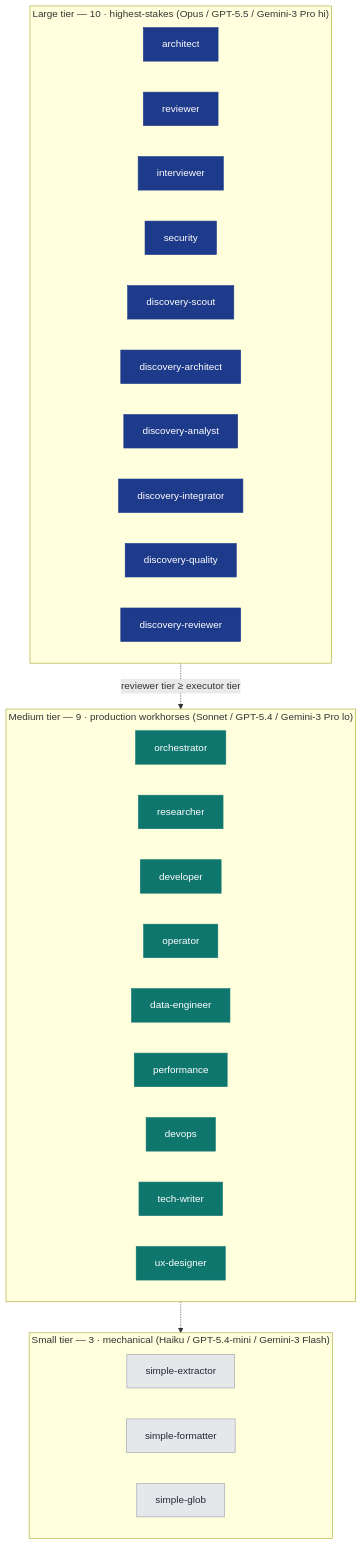
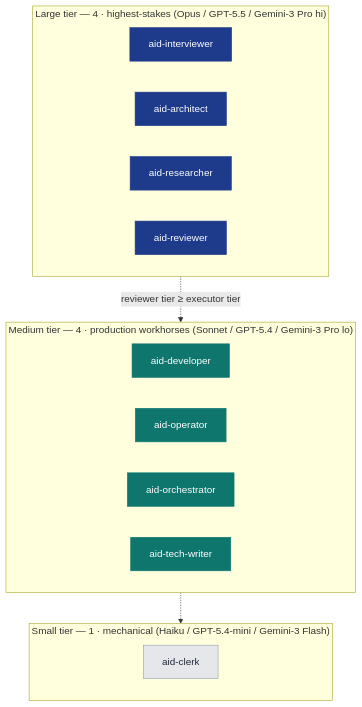
One commit to AndreVianna/aid-methodology changed the fifth of 7 diagrams in methodology/aid-methodology.md. Above: the diagram before and after it, drawn with Mermaid. The commit also changed other lines of this file and 1 other file, not shown here.

Commit message:
docs(agents): update user-facing docs to the 9 aid-* agent roster
- methodology/aid-methodology.md §5 "The Agent Model": 22→9 agents; tier Mermaid
  diagram rewritten to the 4/4/1 aid-* roster; Discover narrative now describes
  aid-researcher dispatched per doc-set scope (replacing the 5 discovery-* agents)
  + aid-reviewer; counts and bare agent references updated.
- examples/brownfield-full-path/README.md: Discover dispatch description + agent
  names updated to the new roster.

````diff
--- a/methodology/aid-methodology.md
+++ b/methodology/aid-methodology.md
@@ -764,39 +764,26 @@
 ```mermaid
 flowchart TB
     classDef large fill:#1E3A8A,stroke:#1E3A8A,color:#ffffff
     classDef med   fill:#0F766E,stroke:#0F766E,color:#ffffff
     classDef small fill:#E5E7EB,stroke:#9CA3AF,color:#1F2937
 
-    subgraph L["Large tier — 10 · highest-stakes (Opus / GPT-5.5 / Gemini-3 Pro hi)"]
+    subgraph L["Large tier — 4 · highest-stakes (Opus / GPT-5.5 / Gemini-3 Pro hi)"]
         direction LR
-        LA["architect"]:::large
-        LR2["reviewer"]:::large
-        LI["interviewer"]:::large
-        LS["security"]:::large
-        LD1["discovery-scout"]:::large
-        LD2["discovery-architect"]:::large
-        LD3["discovery-analyst"]:::large
-        LD4["discovery-integrator"]:::large
-        LD5["discovery-quality"]:::large
-        LD6["discovery-reviewer"]:::large
+        LA["aid-interviewer"]:::large
+        LB["aid-architect"]:::large
+        LC["aid-researcher"]:::large
+        LD["aid-reviewer"]:::large
     end
-    subgraph M["Medium tier — 9 · production workhorses (Sonnet / GPT-5.4 / Gemini-3 Pro lo)"]
+    subgraph M["Medium tier — 4 · production workhorses (Sonnet / GPT-5.4 / Gemini-3 Pro lo)"]
         direction LR
-        MO["orchestrator"]:::med
-        MR["researcher"]:::med
-        MD["developer"]:::med
-        MOps["operator"]:::med
-        MDE["data-engineer"]:::med
-        MP["performance"]:::med
-        MDV["devops"]:::med
-        MTW["tech-writer"]:::med
-        MUX["ux-designer"]:::med
+        MA["aid-developer"]:::med
+        MB["aid-operator"]:::med
+        MC["aid-orchestrator"]:::med
+        MD["aid-tech-writer"]:::med
     end
-    subgraph S["Small tier — 3 · mechanical (Haiku / GPT-5.4-mini / Gemini-3 Flash)"]
+    subgraph S["Small tier — 1 · mechanical (Haiku / GPT-5.4-mini / Gemini-3 Flash)"]
         direction LR
-        SE["simple-extractor"]:::small
-        SF["simple-formatter"]:::small
-        SG["simple-glob"]:::small
+        SA["aid-clerk"]:::small
     end
     L -. "reviewer tier ≥ executor tier" .-> M -.-> S
 ```
````
